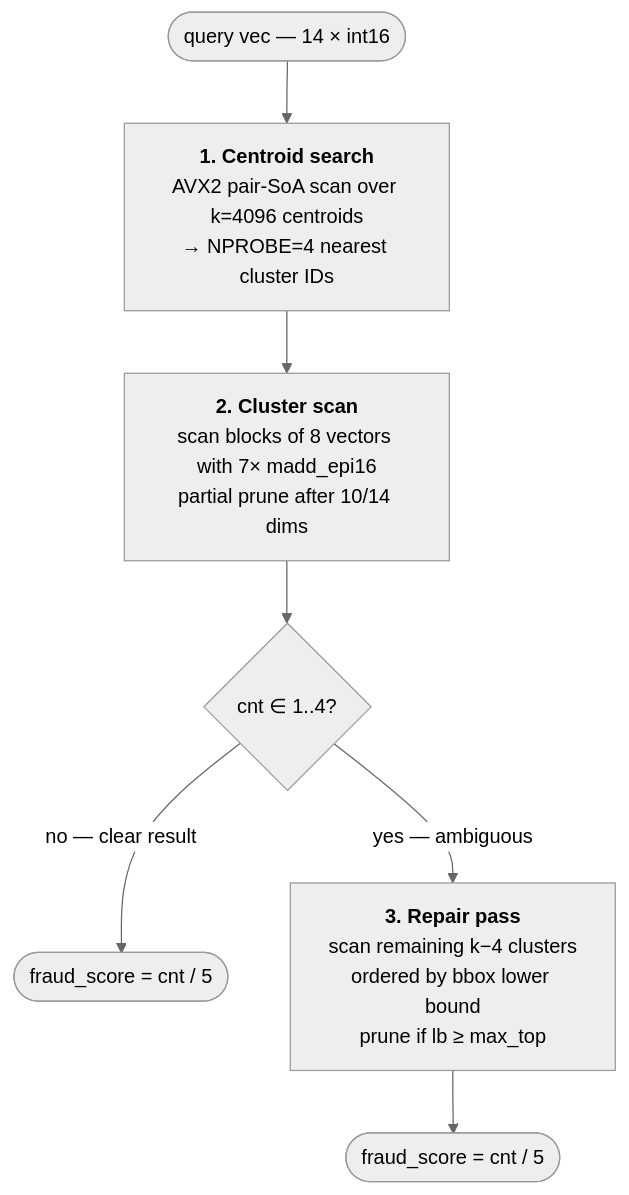
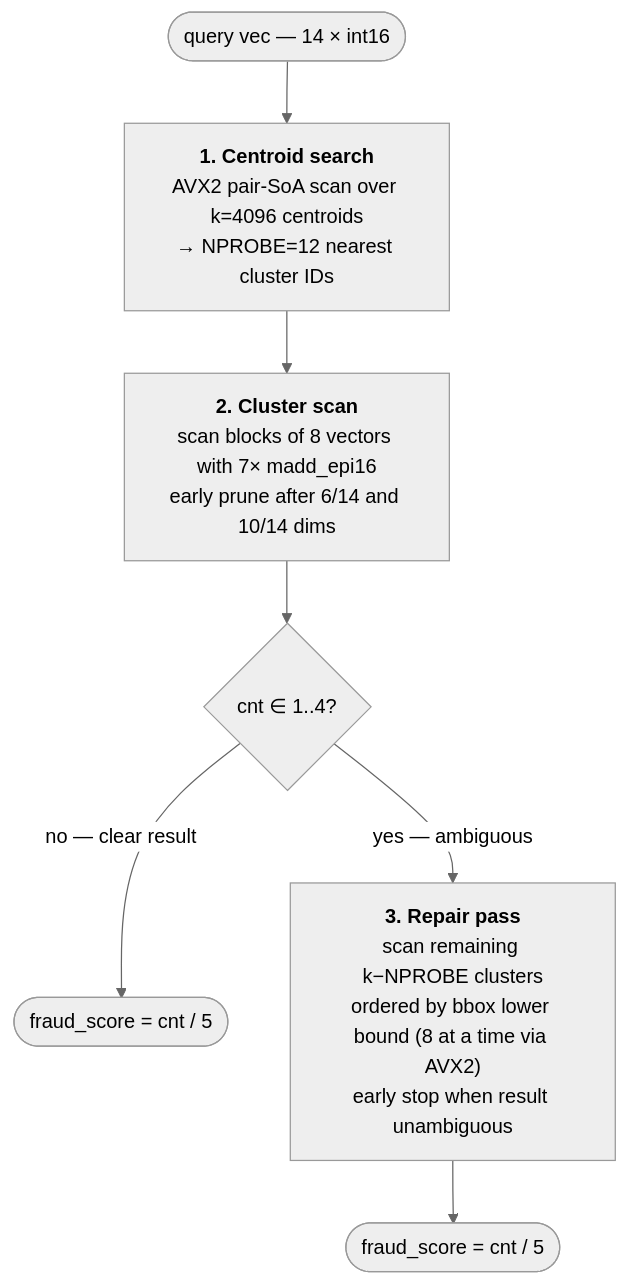
One commit to dalvorsn/cpp-rinha-backend-2026 changed the second of 3 diagrams in README.md. Above: the diagram before and after it, drawn with Mermaid (neutral theme). The commit also changed other lines of this file and 23 other files, not shown here.

````diff
--- a/README.md
+++ b/README.md
@@ -38,21 +38,21 @@
 ```mermaid
 flowchart TD
     Q(["`query vec — 14 × int16`"]) --> CS
 
     CS["`**1. Centroid search**
 AVX2 pair-SoA scan over k=4096 centroids
-→ NPROBE=4 nearest cluster IDs`"] --> SC
+→ NPROBE=12 nearest cluster IDs`"] --> SC
 
     SC["`**2. Cluster scan**
 scan blocks of 8 vectors with 7× madd_epi16
-partial prune after 10/14 dims`"] --> CHK
+early prune after 6/14 and 10/14 dims`"] --> CHK
 
     CHK{"`cnt ∈ 1..4?`"}
     CHK -->|no — clear result| SCORE(["`fraud_score = cnt / 5`"])
     CHK -->|yes — ambiguous| REP
 
     REP["`**3. Repair pass**
-scan remaining k−4 clusters
-ordered by bbox lower bound
-prune if lb ≥ max_top`"] --> SCORE2(["`fraud_score = cnt / 5`"])
+scan remaining k−NPROBE clusters
+ordered by bbox lower bound (8 at a time via AVX2)
+early stop when result unambiguous`"] --> SCORE2(["`fraud_score = cnt / 5`"])
 ```
````
